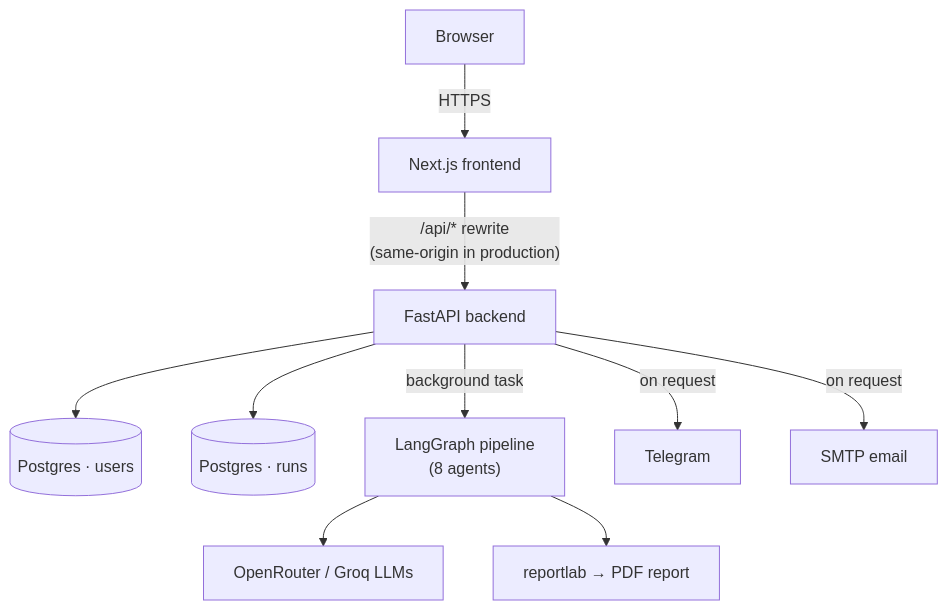
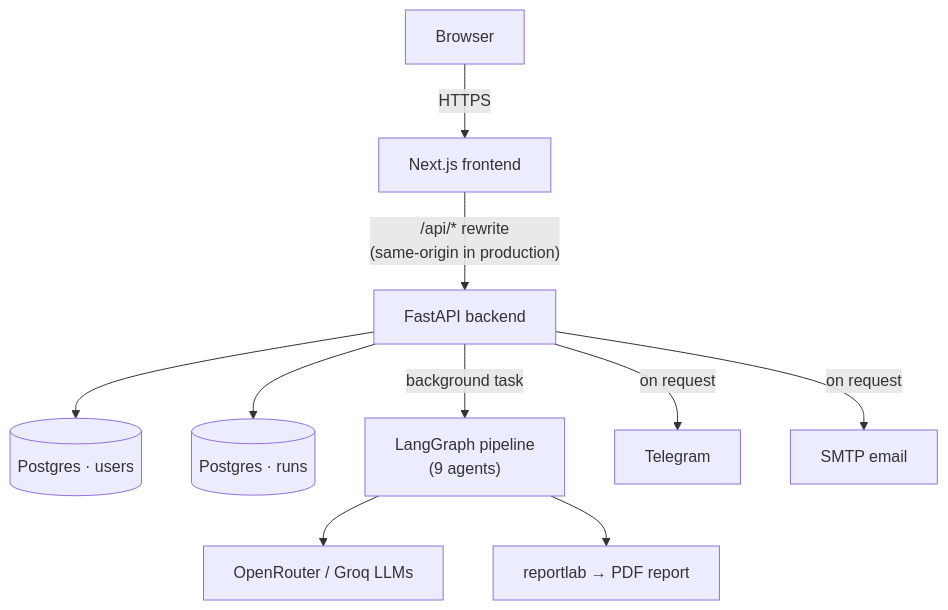
The first of 2 diagrams in README.md (imusmanjd/Fibrion-AI), drawn with Mermaid before and after one commit. The commit also changed other lines of this file, not shown here.

Commit message:
docs: update README to match current architecture

````diff
--- a/README.md
+++ b/README.md
@@ -42,15 +42,15 @@
 ```mermaid
 flowchart TD
     U["Browser"] -->|HTTPS| FE["Next.js frontend"]
     FE -->|"/api/* rewrite\n(same-origin in production)"| API["FastAPI backend"]
 
     API --> AUTHDB[("Postgres · users")]
     API --> RUNSDB[("Postgres · runs")]
-    API -->|background task| GRAPH["LangGraph pipeline\n(8 agents)"]
+    API -->|background task| GRAPH["LangGraph pipeline\n(9 agents)"]
 
     GRAPH --> LLM["OpenRouter / Groq LLMs"]
     GRAPH --> PDF["reportlab → PDF report"]
 
     API -->|on request| TG["Telegram"]
     API -->|on request| EMAIL["SMTP email"]
 ```
````
